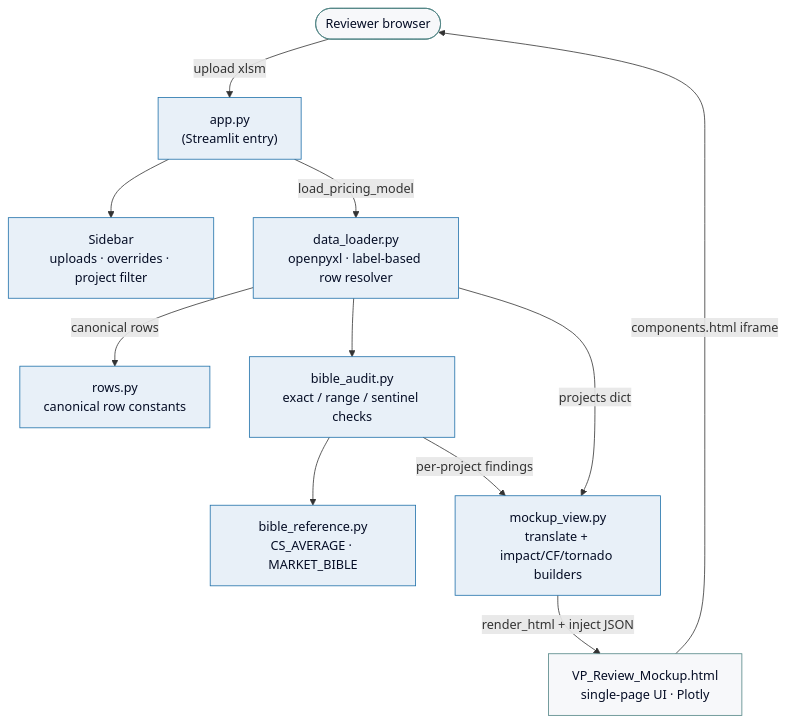
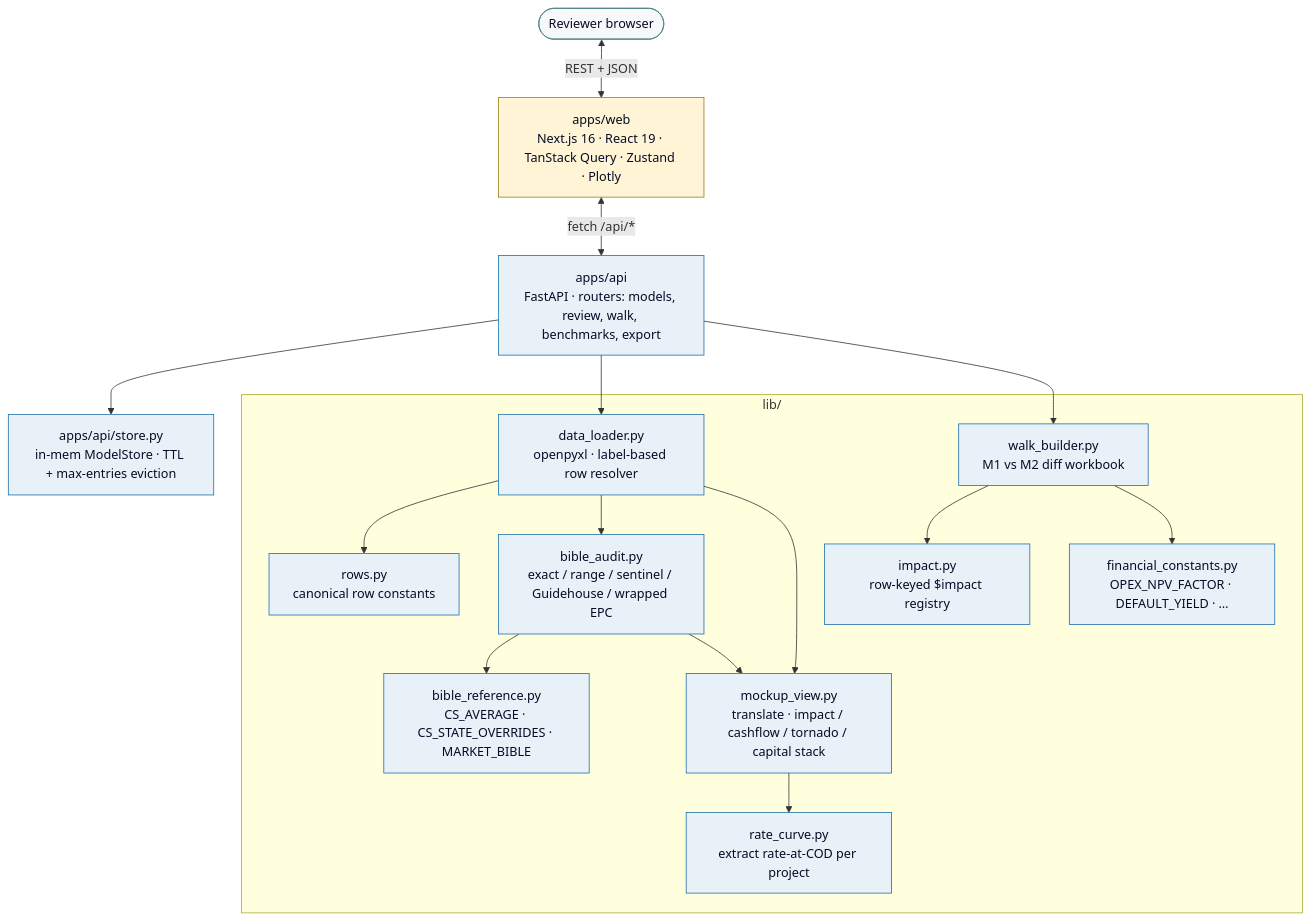
Before and after one commit to caroline017z/model-review-app: the diagram in README.md, drawn with Mermaid. The commit also changed other lines of this file and 42 other files, not shown here.

````diff
--- a/README.md
+++ b/README.md
@@ -11,28 +15,40 @@
 ```mermaid
 flowchart TB
   Browser([Reviewer browser])
-  Streamlit["app.py<br/>(Streamlit entry)"]
-  Sidebar["Sidebar<br/>uploads · overrides · project filter"]
-  Loader["data_loader.py<br/>openpyxl · label-based row resolver"]
-  Rows["rows.py<br/>canonical row constants"]
-  Audit["bible_audit.py<br/>exact / range / sentinel checks"]
-  Ref["bible_reference.py<br/>CS_AVERAGE · MARKET_BIBLE"]
-  View["mockup_view.py<br/>translate + impact/CF/tornado builders"]
-  HTML["VP_Review_Mockup.html<br/>single-page UI · Plotly"]
+  Web["apps/web<br/>Next.js 16 · React 19 · TanStack Query · Zustand · Plotly"]
+  Api["apps/api<br/>FastAPI · routers: models, review, walk, benchmarks, export"]
+  Store["apps/api/store.py<br/>in-mem ModelStore · TTL + max-entries eviction"]
 
-  Browser -->|upload xlsm| Streamlit
-  Streamlit --> Sidebar
-  Streamlit -->|load_pricing_model| Loader
-  Loader -->|canonical rows| Rows
+  subgraph lib_pkg [lib/]
+    Loader["data_loader.py<br/>openpyxl · label-based row resolver"]
+    Rows["rows.py<br/>canonical row constants"]
+    Audit["bible_audit.py<br/>exact / range / sentinel / Guidehouse / wrapped EPC"]
+    Ref["bible_reference.py<br/>CS_AVERAGE · CS_STATE_OVERRIDES · MARKET_BIBLE"]
+    View["mockup_view.py<br/>translate · impact / cashflow / tornado / capital stack"]
+    Walk["walk_builder.py<br/>M1 vs M2 diff workbook"]
+    Impact["impact.py<br/>row-keyed $impact registry"]
+    Rate["rate_curve.py<br/>extract rate-at-COD per project"]
+    Const["financial_constants.py<br/>OPEX_NPV_FACTOR · DEFAULT_YIELD · …"]
+  end
+
+  Browser <-->|REST + JSON| Web
+  Web <-->|fetch /api/*| Api
+  Api --> Store
+  Api --> Loader
+  Loader --> Rows
   Loader --> Audit
   Audit --> Ref
-  Loader -->|projects dict| View
-  Audit -->|per-project findings| View
-  View -->|render_html + inject JSON| HTML
-  HTML -->|components.html iframe| Browser
+  Loader --> View
+  Audit --> View
+  Api --> Walk
+  Walk --> Impact
+  Walk --> Const
+  View --> Rate
 
   classDef py fill:#e8f0f8,stroke:#1D6FA9,color:#050D25;
+  classDef ts fill:#fff4d6,stroke:#9b7c1a,color:#050D25;
   classDef ui fill:#f7f8fa,stroke:#518484,color:#050D25;
-  class Streamlit,Loader,Audit,Ref,View,Rows,Sidebar py;
-  class HTML,Browser ui;
+  class Api,Loader,Audit,Ref,View,Walk,Rows,Impact,Rate,Const,Store py;
+  class Web ts;
+  class Browser ui;
 ```
````
